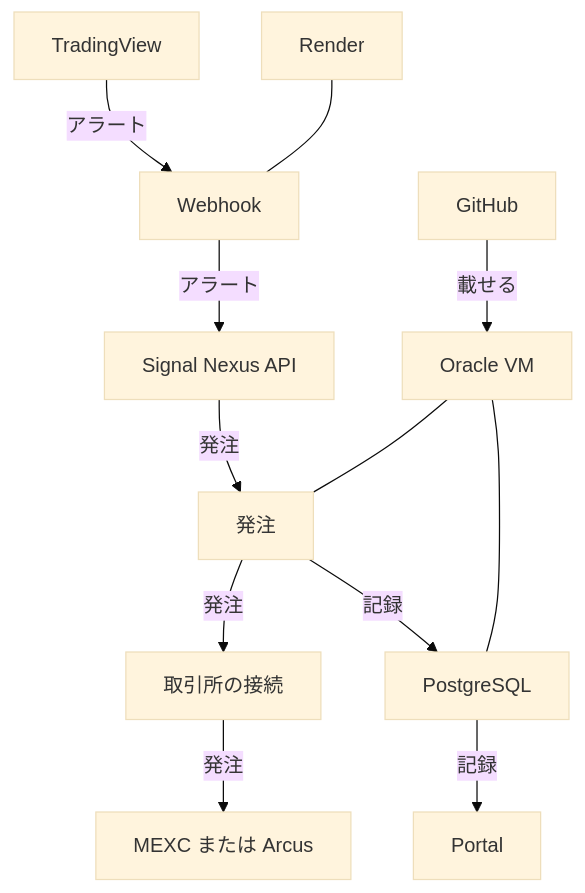
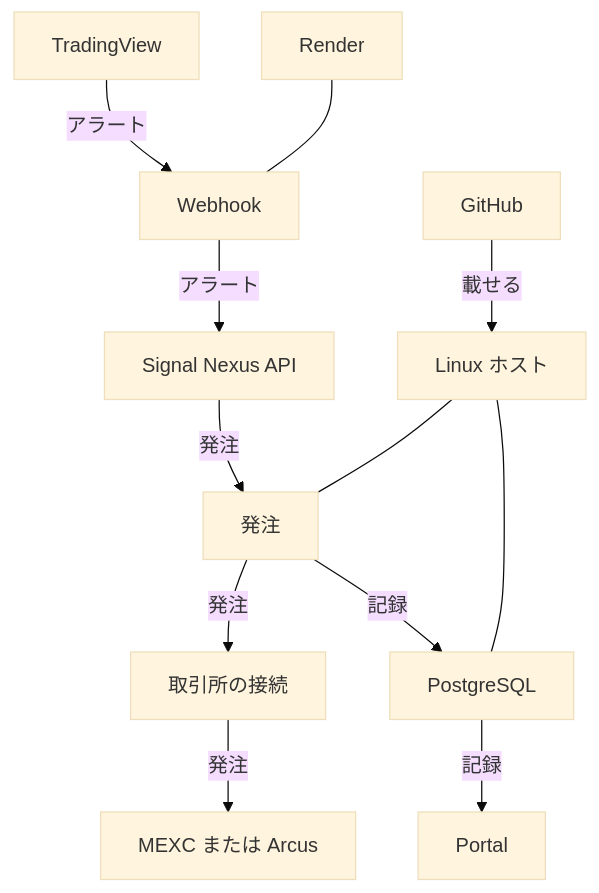
The third of 5 diagrams in docs/architecture/ARCHITECTURE_JA.md (SignalNexus/signal-nexus), drawn with Mermaid (base theme) before and after one commit. The commit also changed other lines of this file and 29 other files, not shown here.

````diff
--- a/docs/architecture/ARCHITECTURE_JA.md
+++ b/docs/architecture/ARCHITECTURE_JA.md
@@ -55,14 +55,14 @@
 ```mermaid
 graph TD
   TradingView -->|アラート| Webhook
   Webhook -->|アラート| API["Signal Nexus API"]
   API -->|発注| Engine["発注"]
   Engine -->|発注| Adapter["取引所の接続"]
   Adapter -->|発注| Venue["MEXC または Arcus"]
   Engine -->|記録| Database["PostgreSQL"]
   Database -->|記録| Portal
-  GitHub -->|載せる| VM["Oracle VM"]
+  GitHub -->|載せる| VM["Linux ホスト"]
   Render["Render"] --- Webhook
   VM --- Engine
   VM --- Database
 ```
````
